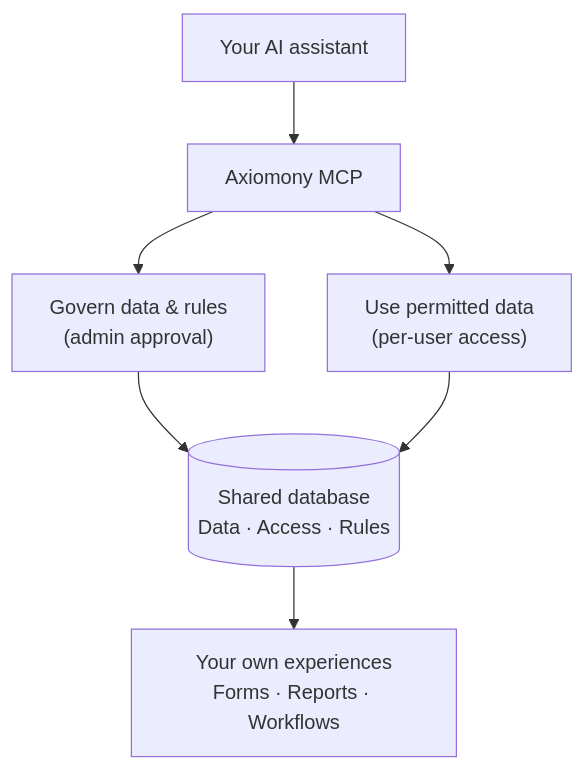
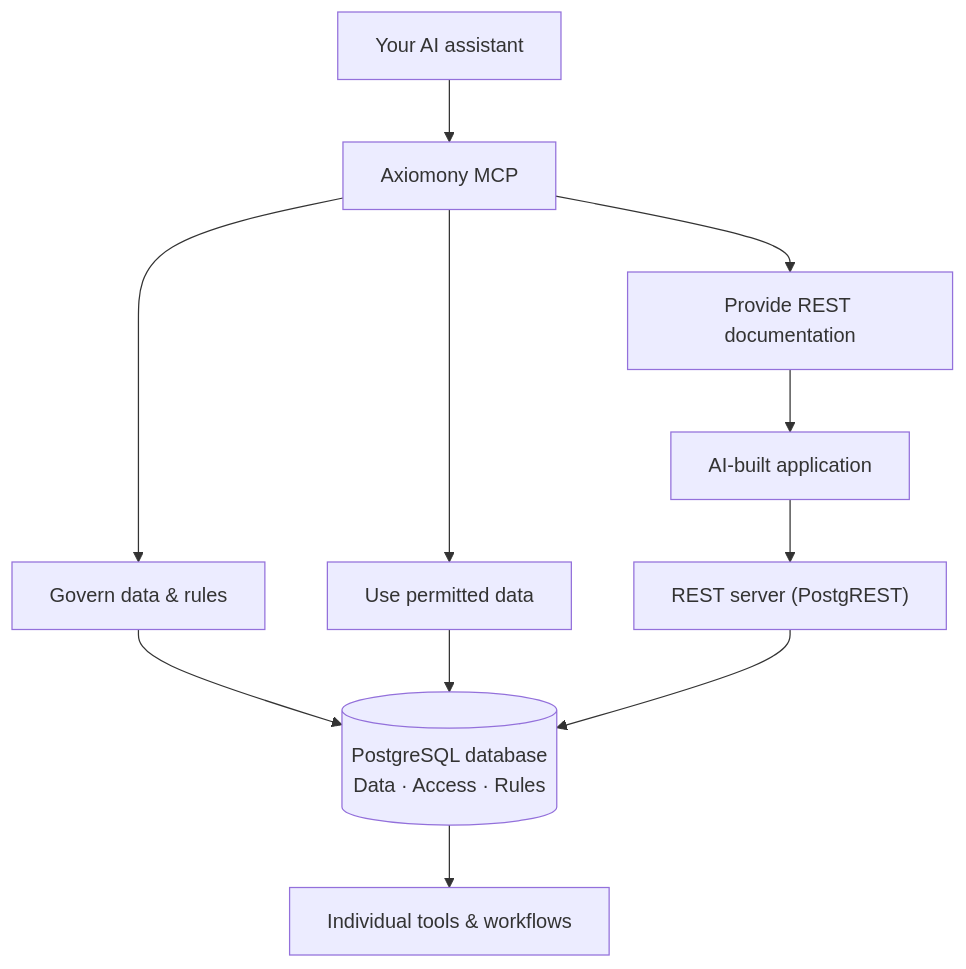
Before and after one commit to sjoerdvanderhoorn/axiomony: the diagram in README.md, drawn with Mermaid. The commit also changed other lines of this file, not shown here.

Commit message:
Simplify README around MCP, PostgreSQL, standalone setup and REST-assisted apps

````diff
--- a/README.md
+++ b/README.md
@@ -48,9 +41,13 @@
 ```mermaid
 flowchart TB
     AI["Your AI assistant"] --> MCP["Axiomony MCP"]
-    MCP --> ADMIN["Govern data & rules<br/>(admin approval)"]
-    MCP --> DATA["Use permitted data<br/>(per-user access)"]
-    ADMIN --> DB[("Shared database<br/>Data · Access · Rules")]
+    MCP --> ADMIN["Govern data & rules"]
+    MCP --> DATA["Use permitted data"]
+    MCP --> DOCS["Provide REST documentation"]
+    ADMIN --> DB[("PostgreSQL database<br/>Data · Access · Rules")]
     DATA --> DB
-    DB --> UX["Your own experiences<br/>Forms · Reports · Workflows"]
+    DOCS --> APP["AI-built application"]
+    APP --> REST["REST server (PostgREST)"]
+    REST --> DB
+    DB --> UX["Individual tools & workflows"]
 ```
````
